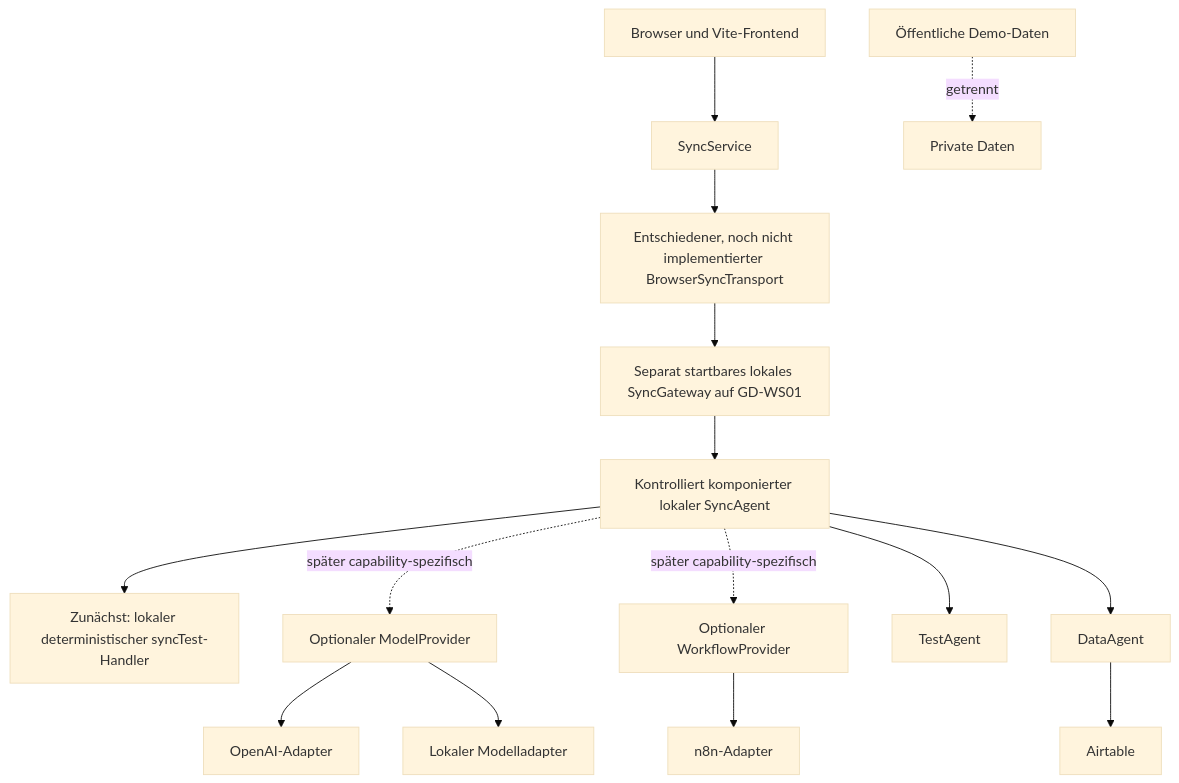
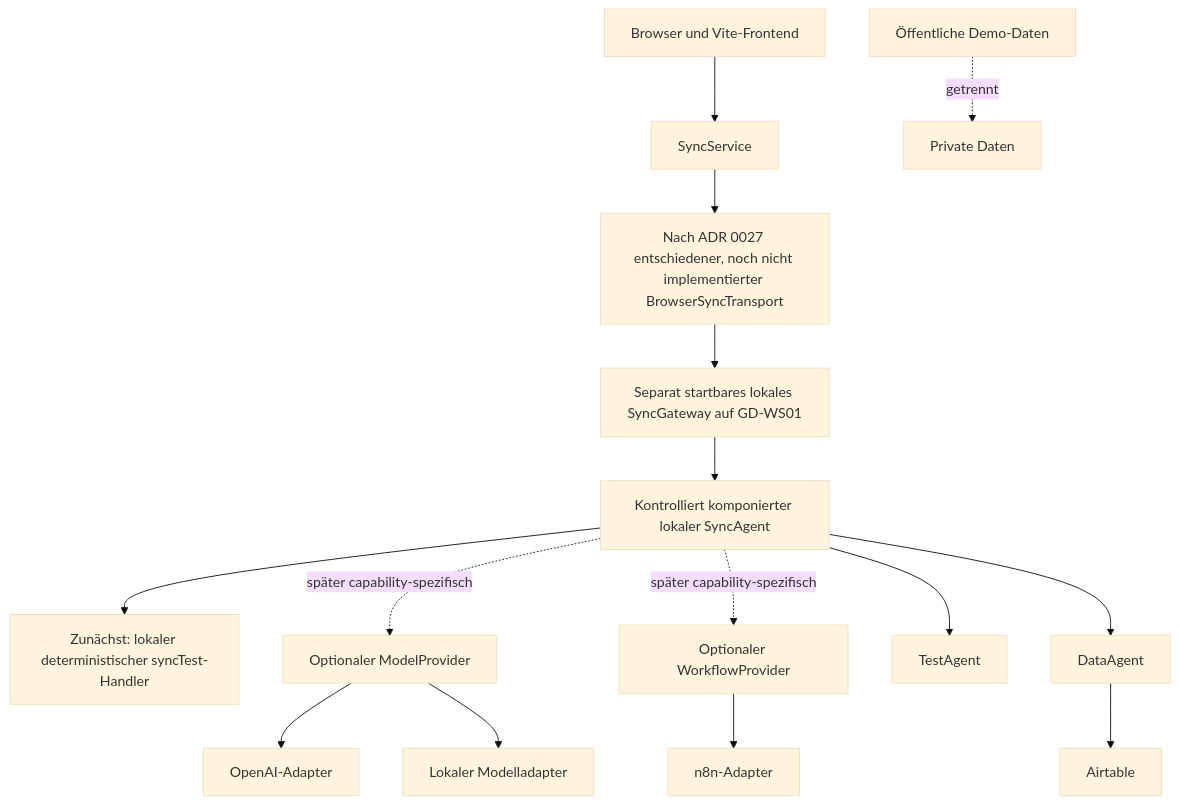
One commit to Varudan/goldendawn-os changed the diagram in docs/security.md. Above: the diagram before and after it, drawn with Mermaid (base theme). The commit also changed other lines of this file and 9 other files, not shown here.

Commit message:
docs: adr-0027-browser-sync-transport-proof-boundaries (#58)

````diff
--- a/docs/security.md
+++ b/docs/security.md
@@ -61,18 +61,18 @@
 ```mermaid
 flowchart TD
     Browser["Browser und Vite-Frontend"] --> Service["SyncService"]
-    Service --> Transport["Entschiedener, noch nicht implementierter BrowserSyncTransport"]
+    Service --> Transport["Nach ADR 0027 entschiedener, noch nicht implementierter BrowserSyncTransport"]
     Transport --> Gateway["Separat startbares lokales SyncGateway auf GD-WS01"]
     Gateway --> Sync["Kontrolliert komponierter lokaler SyncAgent"]
     Sync --> LocalHandler["Zunächst: lokaler deterministischer syncTest-Handler"]
     Sync -.->|später capability-spezifisch| ModelProvider["Optionaler ModelProvider"]
     ModelProvider --> OpenAI["OpenAI-Adapter"]
     ModelProvider --> LocalModel["Lokaler Modelladapter"]
     Sync -.->|später capability-spezifisch| WorkflowProvider["Optionaler WorkflowProvider"]
     WorkflowProvider --> N8n["n8n-Adapter"]
     Sync --> Test["TestAgent"]
     Sync --> Data["DataAgent"]
     Data --> Airtable["Airtable"]
 
     Public["Öffentliche Demo-Daten"] -. getrennt .-> Private["Private Daten"]
 ```
````
